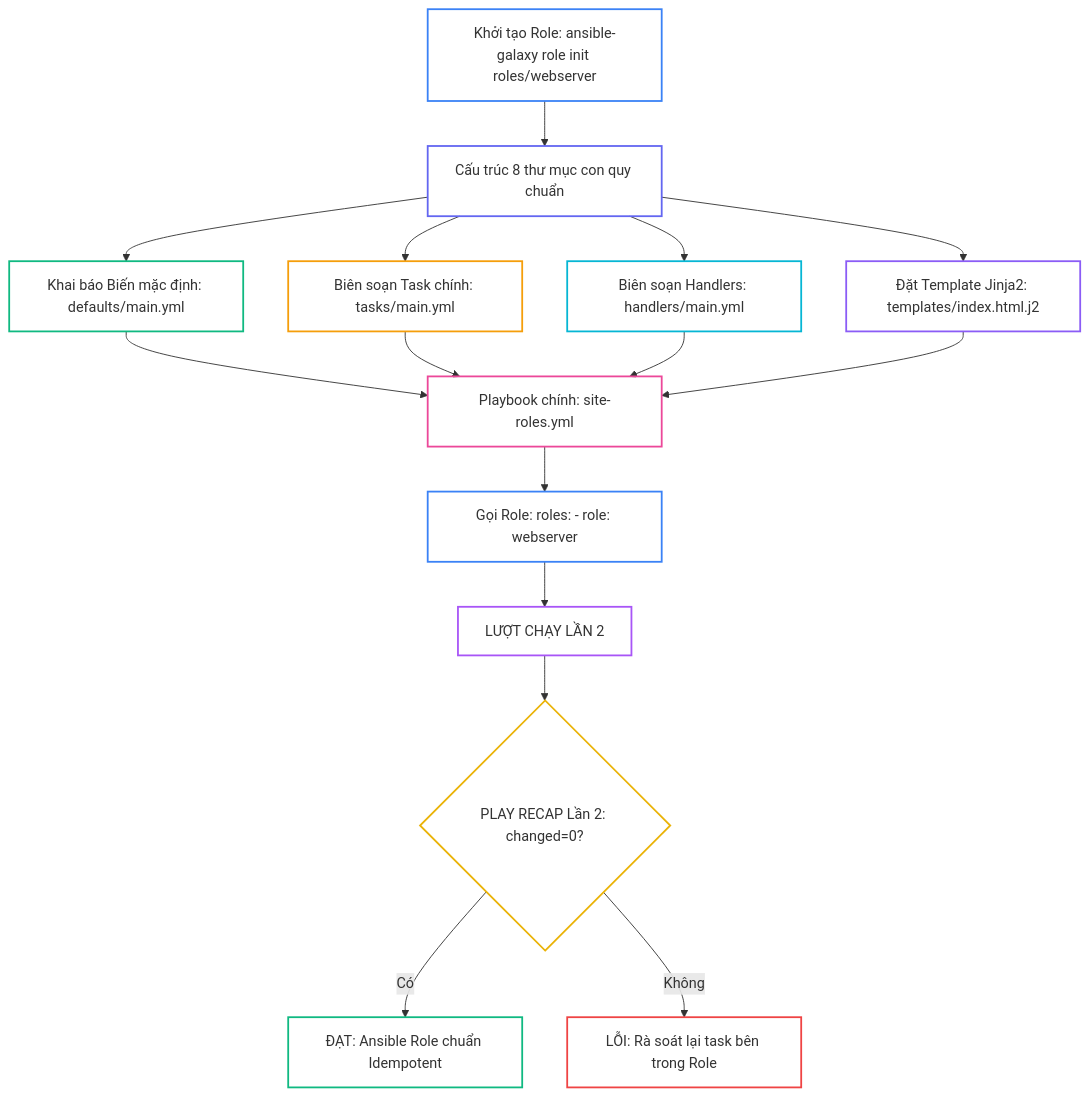
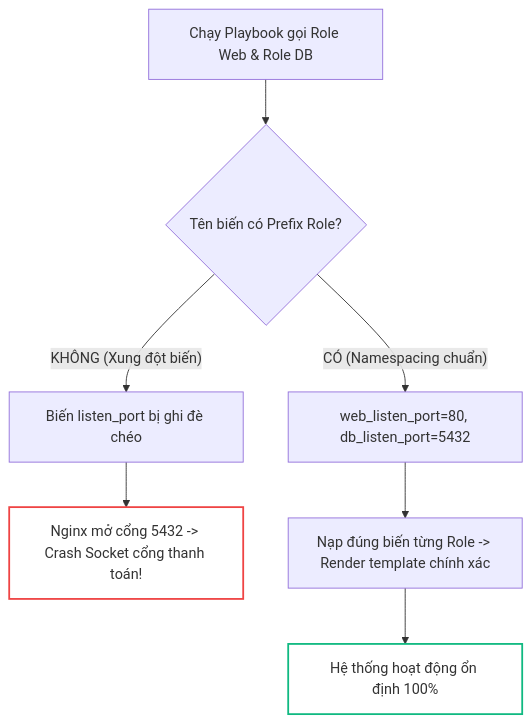
Before and after one commit to kiennt308/ntk: the second of 3 diagrams in _posts/2026-09-13-ansible-14-14-roles-basics.md, drawn with Mermaid. The commit also changed other lines of this file and 30 other files, not shown here.

````diff
--- a/_posts/2026-09-13-ansible-14-14-roles-basics.md
+++ b/_posts/2026-09-13-ansible-14-14-roles-basics.md
@@ -334,32 +202,13 @@
 ```mermaid
 flowchart TD
-    A["Khởi tạo Role: ansible-galaxy role init roles/webserver"] --> B["Cấu trúc 8 thư mục con quy chuẩn"]
-    B --> C["Khai báo Biến mặc định: defaults/main.yml"]
-    B --> D["Biên soạn Task chính: tasks/main.yml"]
-    B --> E["Biên soạn Handlers: handlers/main.yml"]
-    B --> F["Đặt Template Jinja2: templates/index.html.j2"]
+    A["Chạy Playbook gọi Role Web & Role DB"] --> B{"Tên biến có Prefix Role?"}
+    B -->|"KHÔNG (Xung đột biến)"| C["Biến listen_port bị ghi đè chéo"]
+    C --> D["Nginx mở cổng 5432 -> Crash Socket cổng thanh toán!"]
     
-    C --> G["Playbook chính: site-roles.yml"]
-    D --> G
-    E --> G
-    F --> G
-    
-    G --> H["Gọi Role: roles: - role: webserver"]
-    H --> I["LƯỢT CHẠY LẦN 2"]
-    I --> J{"PLAY RECAP Lần 2: changed=0?"}
-    J -->|"Có"| K["ĐẠT: Ansible Role chuẩn Idempotent"]
-    J -->|"Không"| L["LỖI: Rà soát lại task bên trong Role"]
+    B -->|"CÓ (Namespacing chuẩn)"| E["web_listen_port=80, db_listen_port=5432"]
+    E --> F["Nạp đúng biến từng Role -> Render template chính xác"]
+    F --> G["Hệ thống hoạt động ổn định 100%"]
 
-    style A fill:none,stroke:#3b82f6,stroke-width:2px
-    style B fill:none,stroke:#6366f1,stroke-width:2px
-    style C fill:none,stroke:#10b981,stroke-width:2px
-    style D fill:none,stroke:#f59e0b,stroke-width:2px
-    style E fill:none,stroke:#06b6d4,stroke-width:2px
-    style F fill:none,stroke:#8b5cf6,stroke-width:2px
-    style G fill:none,stroke:#ec4899,stroke-width:2px
-    style H fill:none,stroke:#3b82f6,stroke-width:2px
-    style I fill:none,stroke:#a855f7,stroke-width:2px
-    style J fill:none,stroke:#eab308,stroke-width:2px
-    style K fill:none,stroke:#10b981,stroke-width:2px
-    style L fill:none,stroke:#ef4444,stroke-width:2px
+    style D fill:none,stroke:#ef4444,stroke-width:2px
+    style G fill:none,stroke:#10b981,stroke-width:2px
 ```
````
